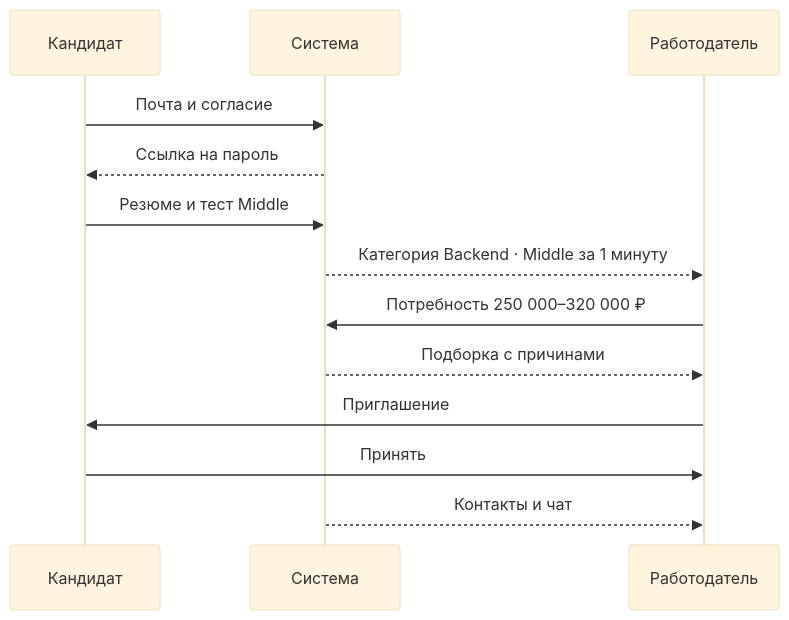
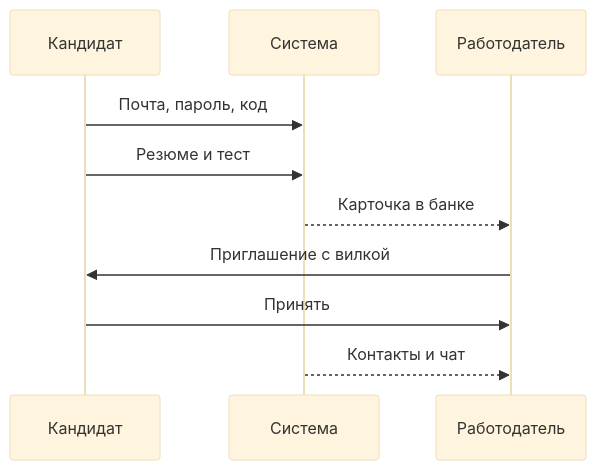
One commit to Re-Hub-TUSUR/LCT_FSP changed the diagram in docs-zensical/docs/ru/user-flows/demo.md. Above: the diagram before and after it, drawn with Mermaid (base theme). The commit also changed other lines of this file and 67 other files, not shown here.

````diff
--- a/docs-zensical/docs/ru/user-flows/demo.md
+++ b/docs-zensical/docs/ru/user-flows/demo.md
@@ -9,15 +9,12 @@
 ```mermaid
 sequenceDiagram
   participant C as Кандидат
   participant S as Система
   participant E as Работодатель
-  C->>S: Почта и согласие
-  S-->>C: Ссылка на пароль
-  C->>S: Резюме и тест Middle
-  S-->>E: Категория Backend · Middle за 1 минуту
-  E->>S: Потребность 250 000–320 000 ₽
-  S-->>E: Подборка с причинами
-  E->>C: Приглашение
+  C->>S: Почта, пароль, код
+  C->>S: Резюме и тест
+  S-->>E: Карточка в банке
+  E->>C: Приглашение с вилкой
   C->>E: Принять
   S-->>E: Контакты и чат
 ```
````
